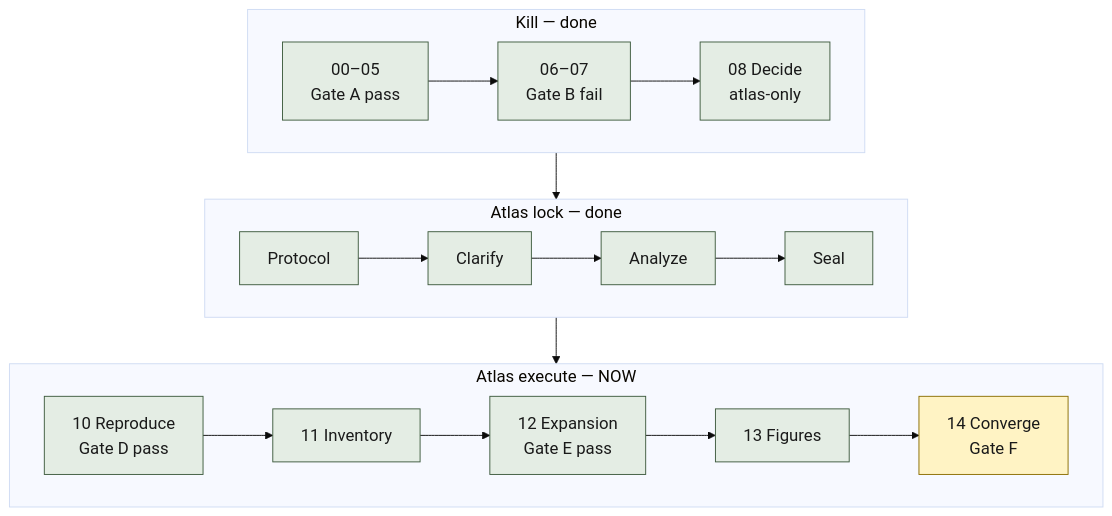
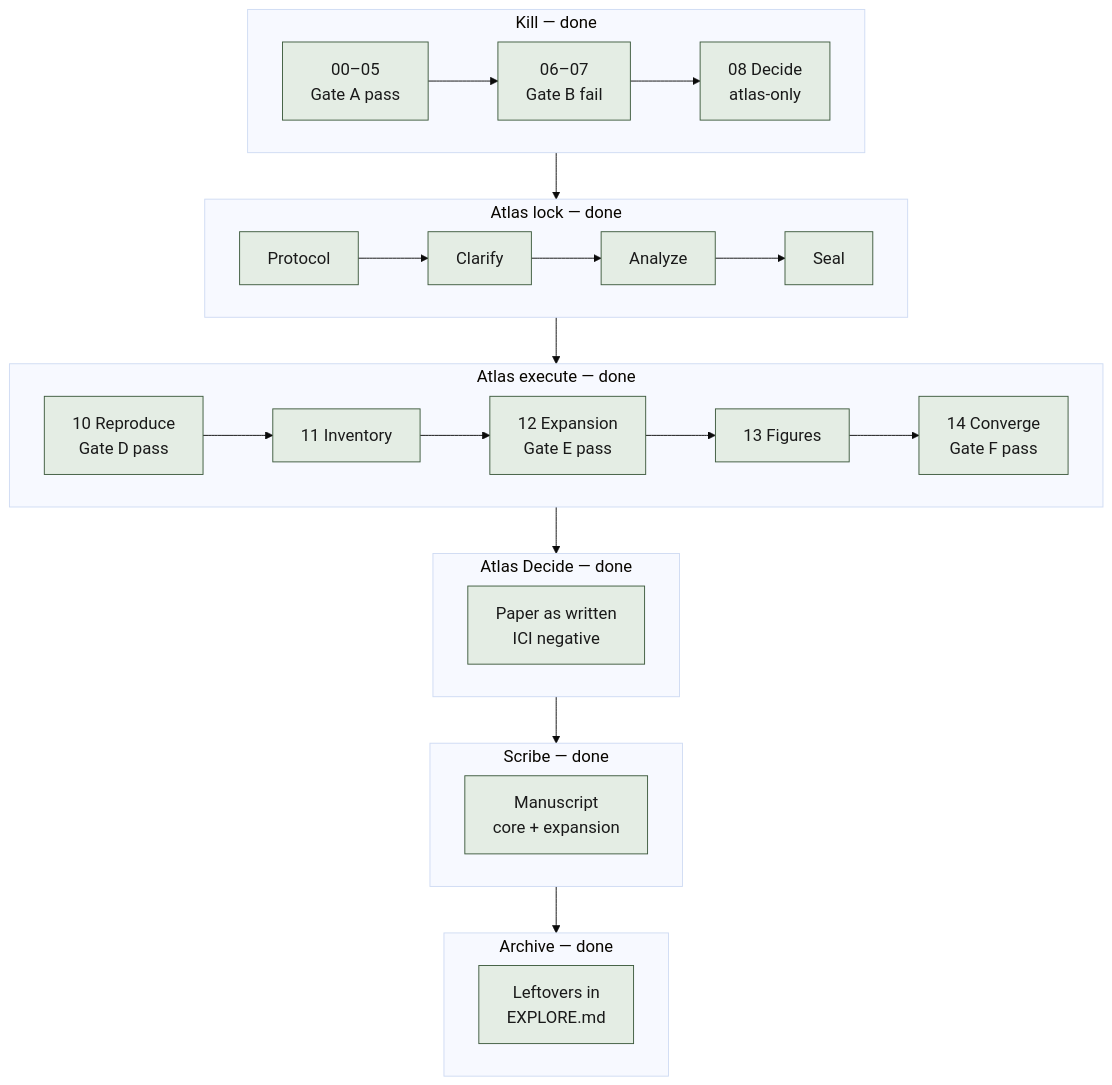
Before and after one commit to cauld/scendo: the diagram in docs/diagrams/scendo-units.mmd, drawn with Mermaid. The commit also changed 21 other files, not shown here.

First line of the commit message:
Record atlas Decide, Scribe manuscript, Archive, and shipping packet.

```diff
--- a/docs/diagrams/scendo-units.mmd
+++ b/docs/diagrams/scendo-units.mmd
@@ -1,31 +1,48 @@
 %%{init: {"theme": "base", "themeVariables": {"fontSize": "18px", "fontFamily": "Helvetica, Arial, sans-serif"}} }%%
 flowchart TB
   subgraph kill["Kill — done"]
     direction LR
     U00["00–05<br/>Gate A pass"] --> U06["06–07<br/>Gate B fail"]
     U06 --> U08["08 Decide<br/>atlas-only"]
   end
 
   subgraph lock["Atlas lock — done"]
     direction LR
     PR["Protocol"] --> CL["Clarify"]
     CL --> AN["Analyze"]
     AN --> SE["Seal"]
   end
 
-  subgraph run["Atlas execute — NOW"]
+  subgraph run["Atlas execute — done"]
     direction LR
     U10["10 Reproduce<br/>Gate D pass"] --> U11["11 Inventory"]
     U11 --> U12["12 Expansion<br/>Gate E pass"]
     U12 --> U13["13 Figures"]
-    U13 --> U14["14 Converge<br/>Gate F"]
+    U13 --> U14["14 Converge<br/>Gate F pass"]
+  end
+
+  subgraph decide["Atlas Decide — done"]
+    direction LR
+    DEC["Paper as written<br/>ICI negative"]
+  end
+
+  subgraph scribe["Scribe — done"]
+    direction LR
+    SC["Manuscript<br/>core + expansion"]
+  end
+
+  subgraph archive["Archive — done"]
+    direction LR
+    AR["Leftovers in<br/>EXPLORE.md"]
   end
 
   U08 --> PR
   SE --> U10
+  U14 --> DEC
+  DEC --> SC
+  SC --> AR
 
   classDef done fill:#E4EDE4,stroke:#3D5A3D,color:#1A1A1A
   classDef now fill:#FFF3C4,stroke:#8A6D00,color:#1A1A1A
   classDef later fill:#EEEEEE,stroke:#666666,color:#1A1A1A
-  class U00,U06,U08,PR,CL,AN,SE,U10,U11,U12,U13 done
-  class U14 now
+  class U00,U06,U08,PR,CL,AN,SE,U10,U11,U12,U13,U14,DEC,SC,AR done
```
